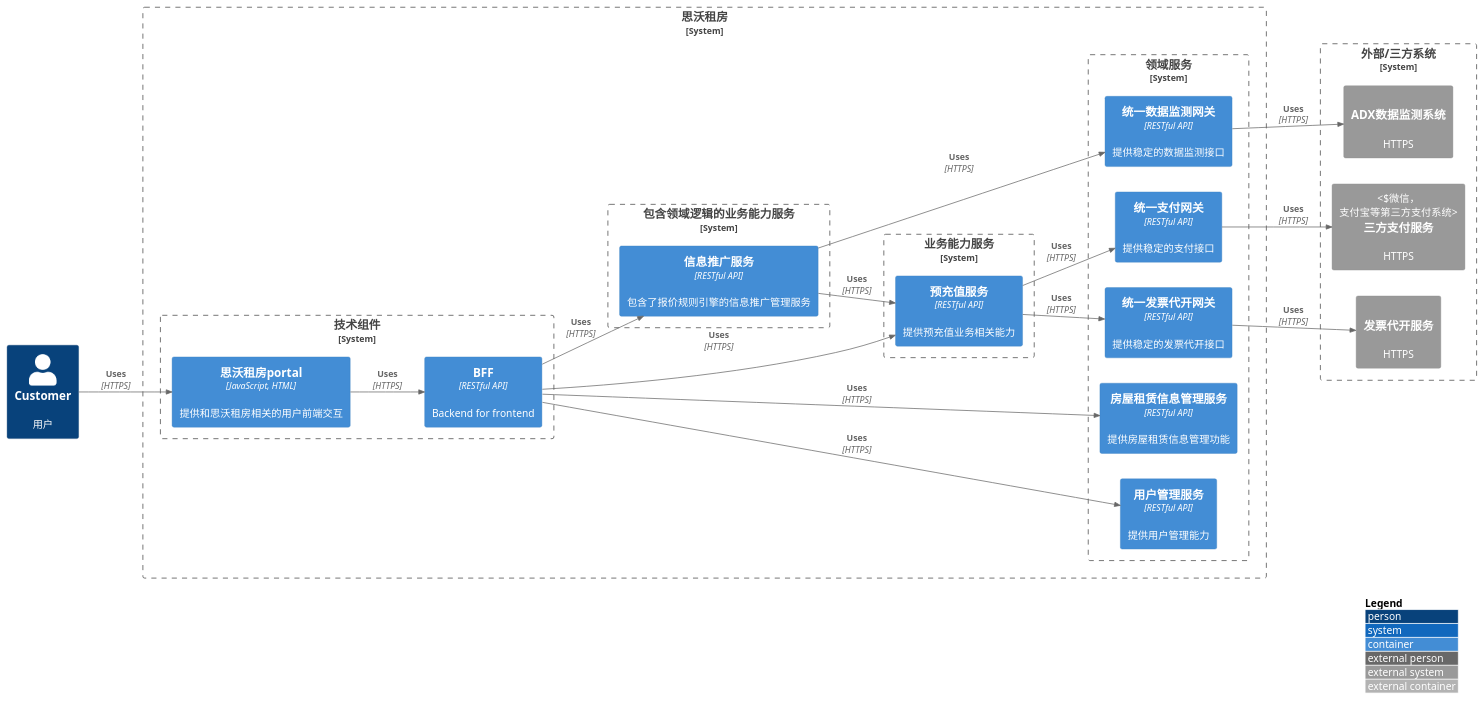
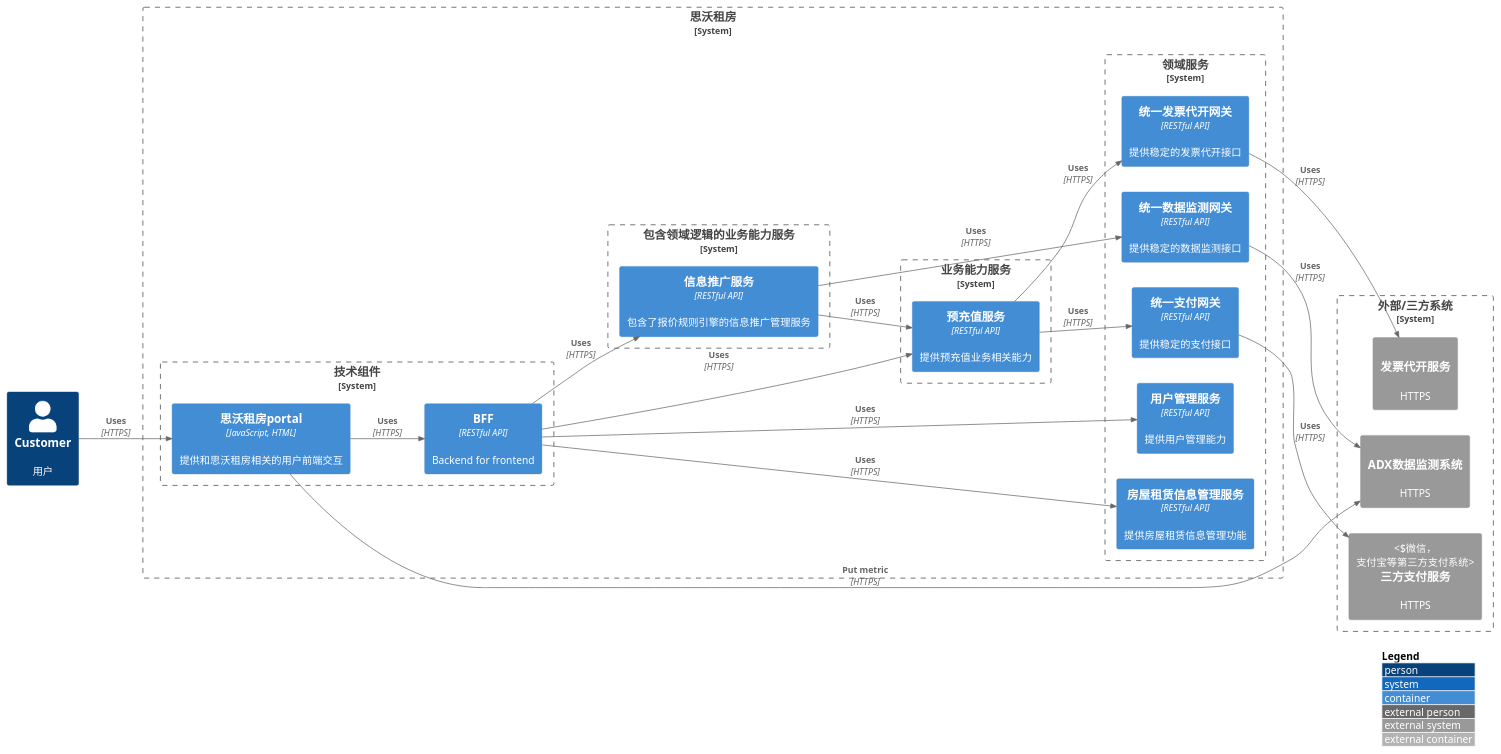
Before and after one commit to 5macro/C4-PlantUML: the diagram in workspace/dark-horse/classwork/C4_Container Diagram.puml, drawn with PlantUML. The commit also changed 2 other files, not shown here.

Commit message:
revise the diagrams.

```diff
--- a/workspace/dark-horse/classwork/C4_Container Diagram.puml
+++ b/workspace/dark-horse/classwork/C4_Container Diagram.puml
@@ -1,57 +1,58 @@
 @startuml
 !include https://raw.githubusercontent.com/plantuml-stdlib/C4-PlantUML/master/C4_Container.puml
 ' uncomment the following line and comment the first to use locally
 ' !include C4_Container.puml
 
 LAYOUT_LEFT_RIGHT()
 LAYOUT_WITH_LEGEND()
 
 Person(customer, Customer, "用户")
 
 System_Boundary(siwo_rental_platform, "思沃租房") {
     System_Boundary(technology_components, "技术组件") {
         Container(siwo_rentals_portal, "思沃租房portal", "JavaScript, HTML", "提供和思沃租房相关的用户前端交互")
         Container(bff, "BFF", "RESTful API", "Backend for frontend")
     }
 
     System_Boundary(business_svc, "业务能力服务") {
         Container(pre_charge_service, "预充值服务", "RESTful API", "提供预充值业务相关能力")
     }
 
     System_Boundary(domain_svc, "领域服务") {
         Container(user_management_service, "用户管理服务", "RESTful API", "提供用户管理能力")
         Container(rental_information_management_service, "房屋租赁信息管理服务", "RESTful API", "提供房屋租赁信息管理功能")
         Container(unified_payment_gateway, "统一支付网关", "RESTful API", "提供稳定的支付接口")
         Container(unified_invoice_gateway, "统一发票代开网关", "RESTful API", "提供稳定的发票代开接口")
         Container(unified_data_monitoring_gateway, "统一数据监测网关", "RESTful API", "提供稳定的数据监测接口")
     }
 
     System_Boundary(business_svc_with_domain, "包含领域逻辑的业务能力服务") {
         Container(information_promotion_service, "信息推广服务", "RESTful API", "包含了报价规则引擎的信息推广管理服务")
     }
 }
 
 System_Boundary(3rd_party_system, "外部/三方系统") {
     System_Ext(three_party_payment_service, "三方支付服务", "HTTPS", "微信，支付宝等第三方支付系统")
     System_Ext(invoice_service, "发票代开服务", "HTTPS", "提供发票代开的三方服务")
     System_Ext(adx_data_monitoring_system, "ADX数据监测系统", "HTTPS", "提供数据监测服务")
 }
 
 Rel(customer, siwo_rentals_portal, "Uses", "HTTPS")
 
 Rel(siwo_rentals_portal, bff, "Uses", "HTTPS")
+Rel(siwo_rentals_portal, adx_data_monitoring_system, "Put metric", "HTTPS")
 Rel(bff, user_management_service, "Uses", "HTTPS")
 Rel(bff, rental_information_management_service, "Uses", "HTTPS")
 Rel(bff, information_promotion_service, "Uses", "HTTPS")
 Rel(bff, pre_charge_service, "Uses", "HTTPS")
 
 Rel(information_promotion_service, unified_data_monitoring_gateway, "Uses", "HTTPS")
 Rel(unified_data_monitoring_gateway, adx_data_monitoring_system, "Uses", "HTTPS")
 Rel(information_promotion_service, pre_charge_service, "Uses", "HTTPS")
 
 Rel(pre_charge_service, unified_payment_gateway, "Uses", "HTTPS")
 Rel(unified_payment_gateway, three_party_payment_service, "Uses", "HTTPS")
 Rel(pre_charge_service, unified_invoice_gateway, "Uses", "HTTPS")
 Rel(unified_invoice_gateway, invoice_service, "Uses", "HTTPS")
 
 @enduml
```
